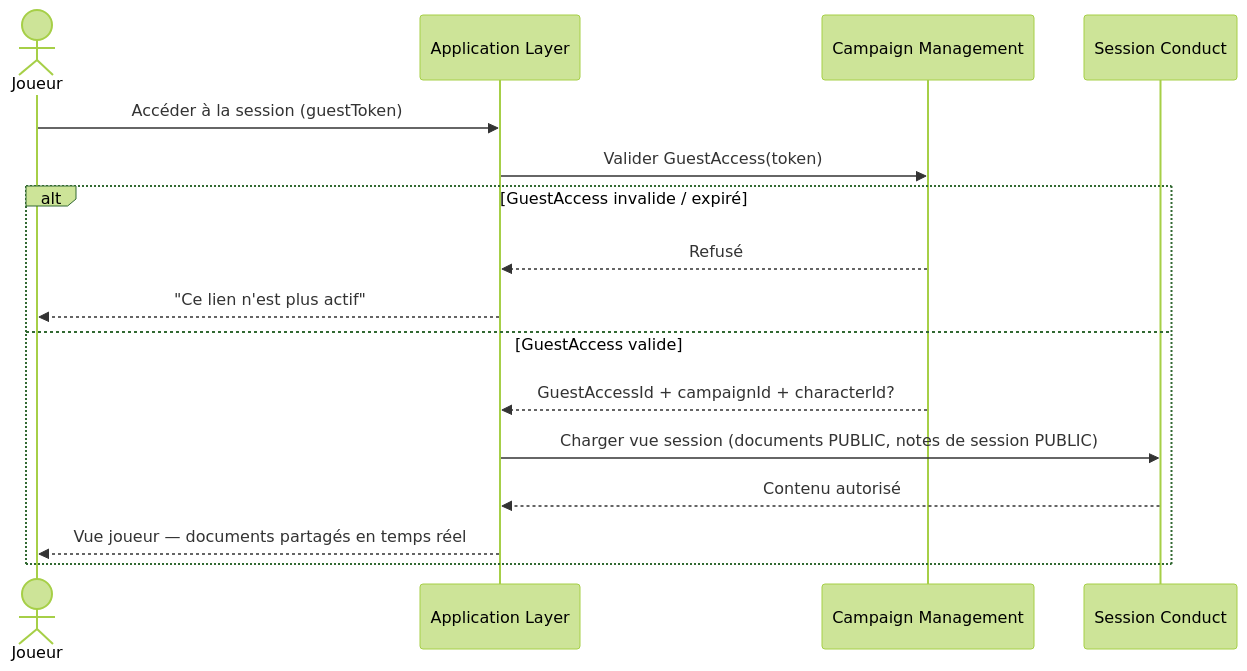
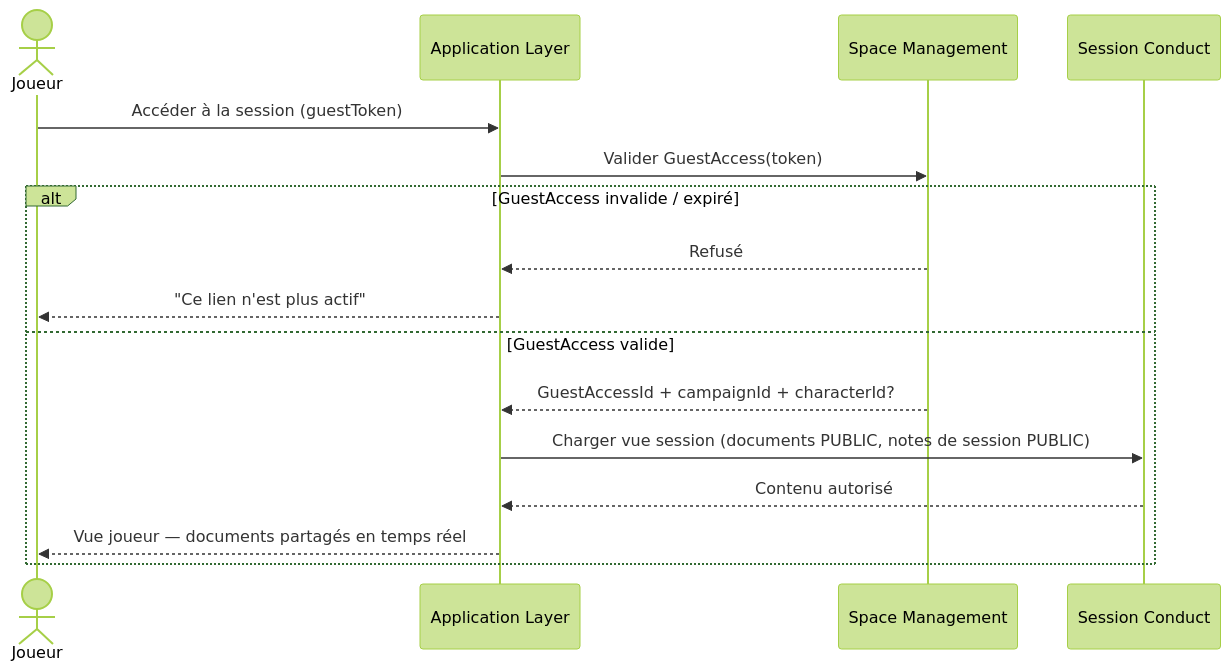
The ninth of 9 diagrams in docs/conception/domain/diagrams/flows/session-conduct.md (2025-10-CDA-ECO-P6/PM-micro-saas), drawn with Mermaid (forest theme) before and after one commit. The commit also changed other lines of this file and 84 other files, not shown here.

First line of the commit message:
docs(conception): généralisation Campaign→Space + espace personnel (ADR-018)

````diff
--- a/docs/conception/domain/diagrams/flows/session-conduct.md
+++ b/docs/conception/domain/diagrams/flows/session-conduct.md
@@ -142,19 +142,19 @@
 ```mermaid
 sequenceDiagram
     actor Joueur
     participant App as Application Layer
-    participant CM as Campaign Management
+    participant CM as Space Management
     participant SC as Session Conduct
 
     Joueur->>App: Accéder à la session (guestToken)
     App->>CM: Valider GuestAccess(token)
     alt GuestAccess invalide / expiré
         CM-->>App: Refusé
         App-->>Joueur: "Ce lien n'est plus actif"
     else GuestAccess valide
         CM-->>App: GuestAccessId + campaignId + characterId?
         App->>SC: Charger vue session (documents PUBLIC, notes de session PUBLIC)
         SC-->>App: Contenu autorisé
         App-->>Joueur: Vue joueur — documents partagés en temps réel
     end
 ```
````
